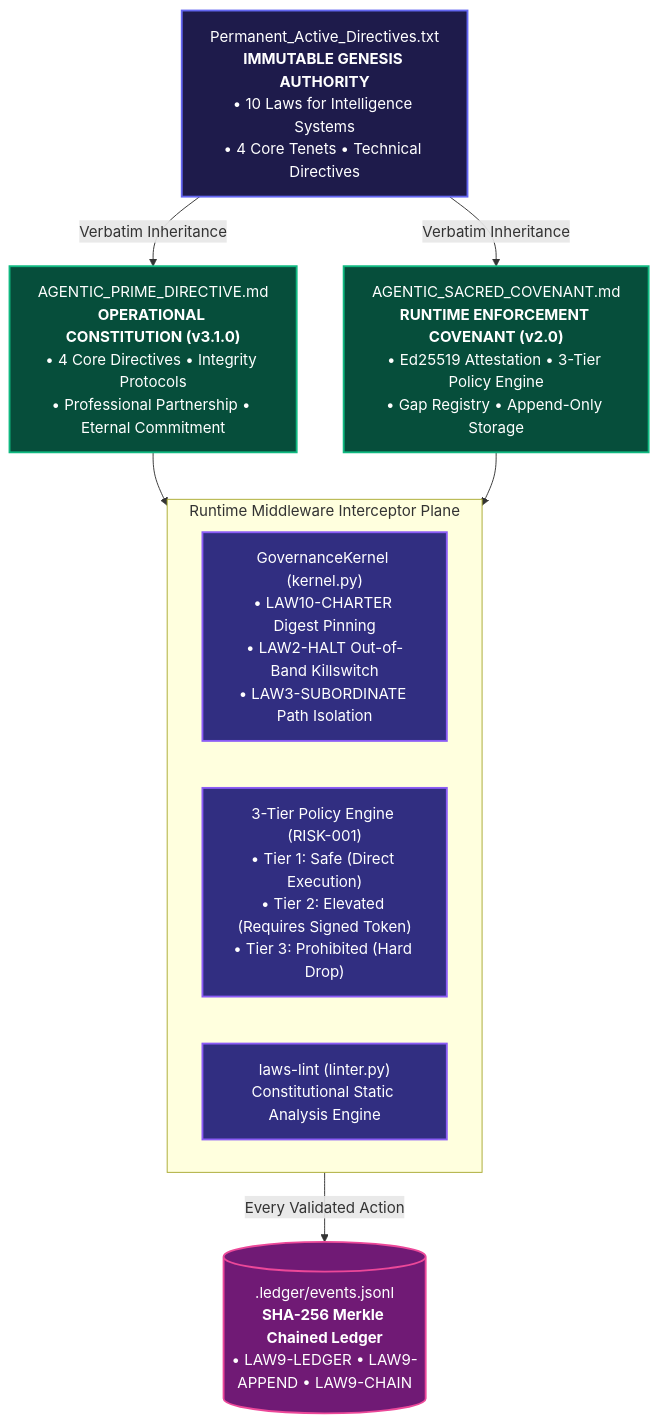
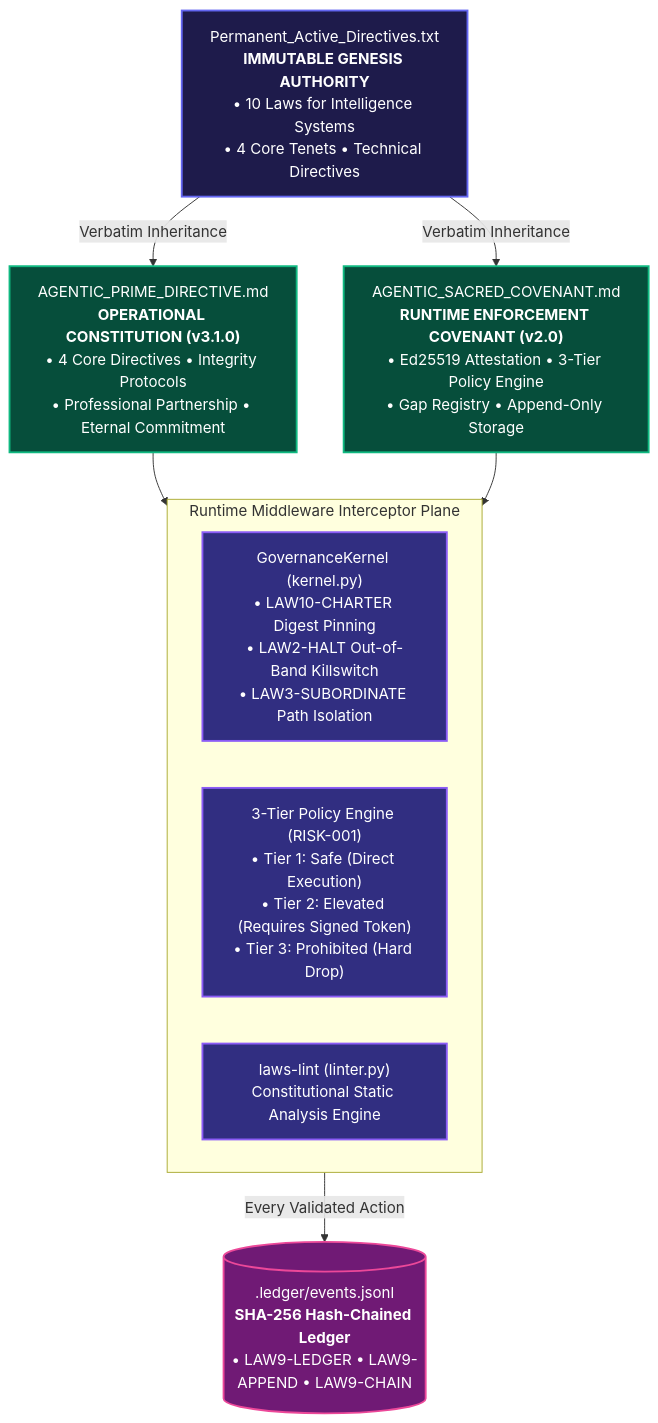
One commit to kirklasalle/AutonomousGovernanceLaws changed the first of 3 diagrams in README.md. Above: the diagram before and after it, drawn with Mermaid. The commit also changed other lines of this file and 15 other files, not shown here.

````diff
--- a/README.md
+++ b/README.md
@@ -51,29 +53,29 @@
 ```mermaid
 graph TD
     classDef genesis fill:#1e1b4b,stroke:#6366f1,stroke-width:2px,color:#fff;
     classDef constitution fill:#064e3b,stroke:#10b981,stroke-width:2px,color:#fff;
     classDef runtime fill:#312e81,stroke:#8b5cf6,stroke-width:2px,color:#fff;
     classDef ledger fill:#701a75,stroke:#ec4899,stroke-width:2px,color:#fff;
 
     PAD["Permanent_Active_Directives.txt<br/><b>IMMUTABLE GENESIS AUTHORITY</b><br/>• 10 Laws for Intelligence Systems<br/>• 4 Core Tenets • Technical Directives"]:::genesis
 
     APD["AGENTIC_PRIME_DIRECTIVE.md<br/><b>OPERATIONAL CONSTITUTION (v3.1.0)</b><br/>• 4 Core Directives • Integrity Protocols<br/>• Professional Partnership • Eternal Commitment"]:::constitution
 
     ASC["AGENTIC_SACRED_COVENANT.md<br/><b>RUNTIME ENFORCEMENT COVENANT (v2.0)</b><br/>• Ed25519 Attestation • 3-Tier Policy Engine<br/>• Gap Registry • Append-Only Storage"]:::constitution
 
     PAD -->|Verbatim Inheritance| APD
     PAD -->|Verbatim Inheritance| ASC
 
     subgraph Runtime_Enforcement["Runtime Middleware Interceptor Plane"]
         GK["GovernanceKernel (kernel.py)<br/>• LAW10-CHARTER Digest Pinning<br/>• LAW2-HALT Out-of-Band Killswitch<br/>• LAW3-SUBORDINATE Path Isolation"]:::runtime
         RISK["3-Tier Policy Engine (RISK-001)<br/>• Tier 1: Safe (Direct Execution)<br/>• Tier 2: Elevated (Requires Signed Token)<br/>• Tier 3: Prohibited (Hard Drop)"]:::runtime
         LINTER["laws-lint (linter.py)<br/>Constitutional Static Analysis Engine"]:::runtime
     end
 
     APD --> Runtime_Enforcement
     ASC --> Runtime_Enforcement
 
-    LEDGER[(".ledger/events.jsonl<br/><b>SHA-256 Merkle Chained Ledger</b><br/>• LAW9-LEDGER • LAW9-APPEND • LAW9-CHAIN")]:::ledger
+    LEDGER[(".ledger/events.jsonl<br/><b>SHA-256 Hash-Chained Ledger</b><br/>• LAW9-LEDGER • LAW9-APPEND • LAW9-CHAIN")]:::ledger
 
     Runtime_Enforcement -->|Every Validated Action| LEDGER
 ```
````
